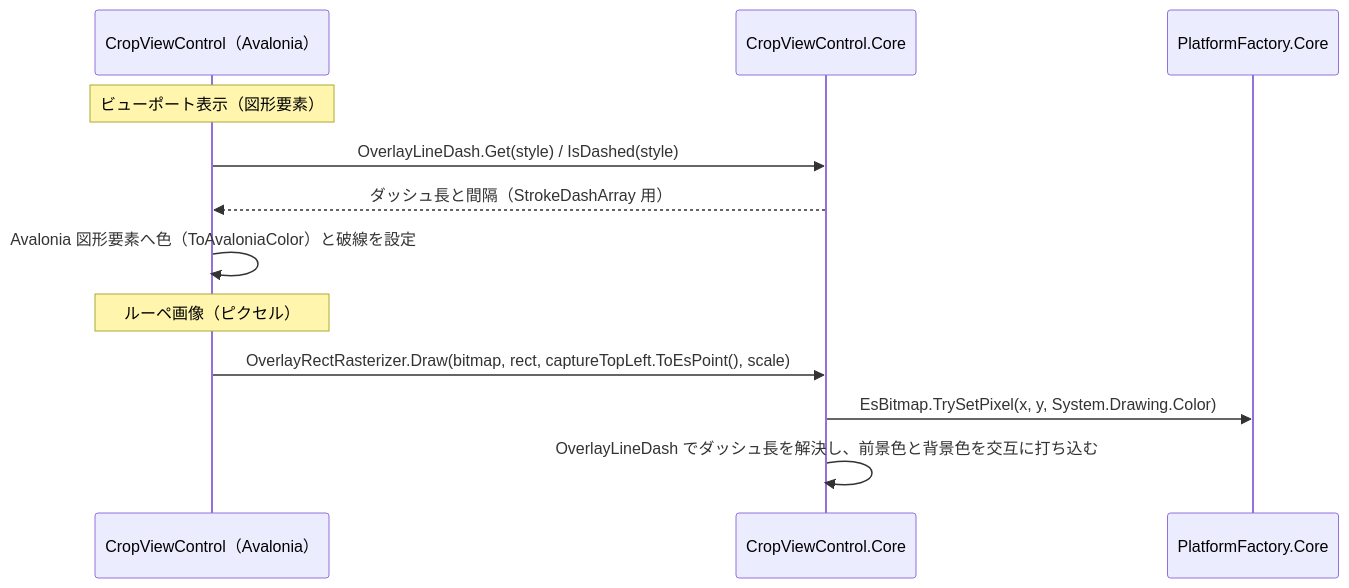
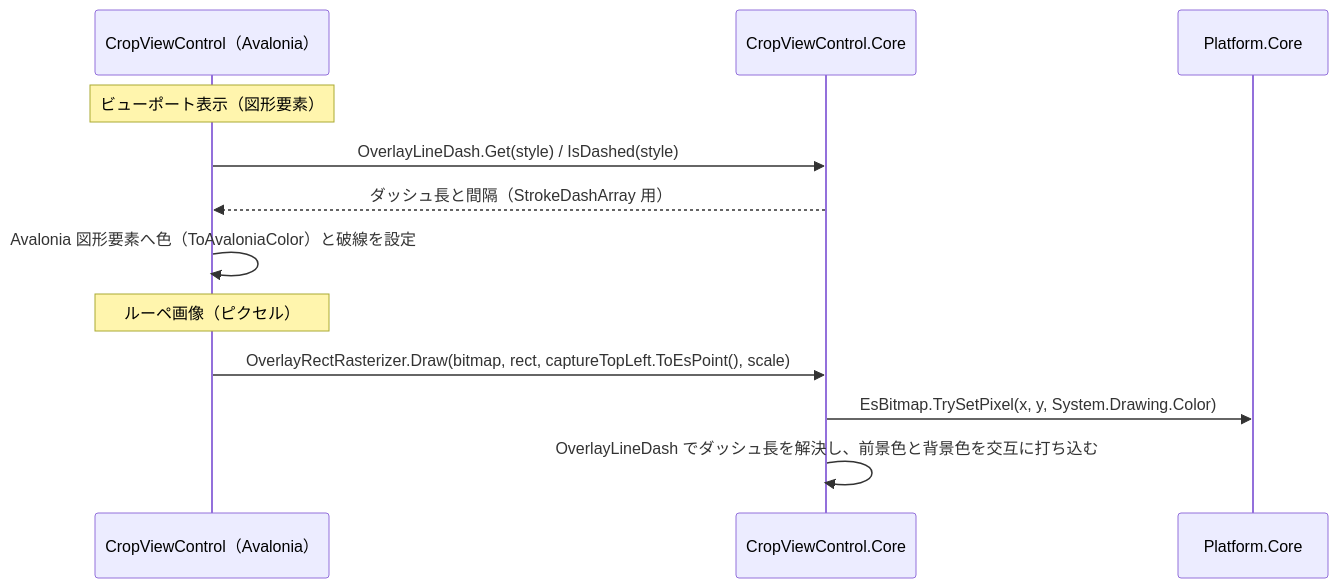
The second of 2 diagrams in src/CropViewControl.Core/SPEC_System.md (tomokuni/SaveEvidence), drawn with Mermaid before and after one commit. The commit also changed other lines of this file and 504 other files, not shown here.

````diff
--- a/src/CropViewControl.Core/SPEC_System.md
+++ b/src/CropViewControl.Core/SPEC_System.md
@@ -37,16 +37,16 @@
 ```mermaid
 sequenceDiagram
   participant UI as CropViewControl（Avalonia）
   participant Core as CropViewControl.Core
-  participant PF as PlatformFactory.Core
+  participant PF as Platform.Core
 
   Note over UI: ビューポート表示（図形要素）
   UI->>Core: OverlayLineDash.Get(style) / IsDashed(style)
   Core-->>UI: ダッシュ長と間隔（StrokeDashArray 用）
   UI->>UI: Avalonia 図形要素へ色（ToAvaloniaColor）と破線を設定
 
   Note over UI: ルーペ画像（ピクセル）
   UI->>Core: OverlayRectRasterizer.Draw(bitmap, rect, captureTopLeft.ToEsPoint(), scale)
   Core->>PF: EsBitmap.TrySetPixel(x, y, System.Drawing.Color)
   Core->>Core: OverlayLineDash でダッシュ長を解決し、前景色と背景色を交互に打ち込む
 ```
````
